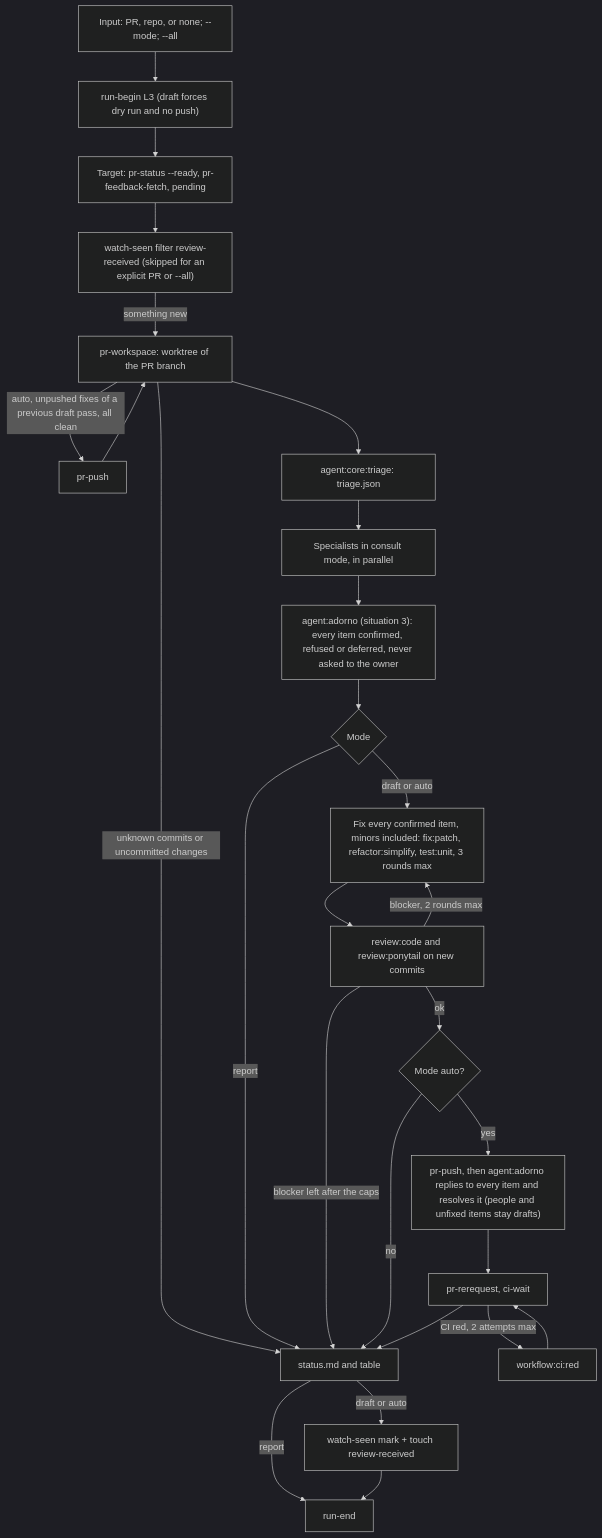
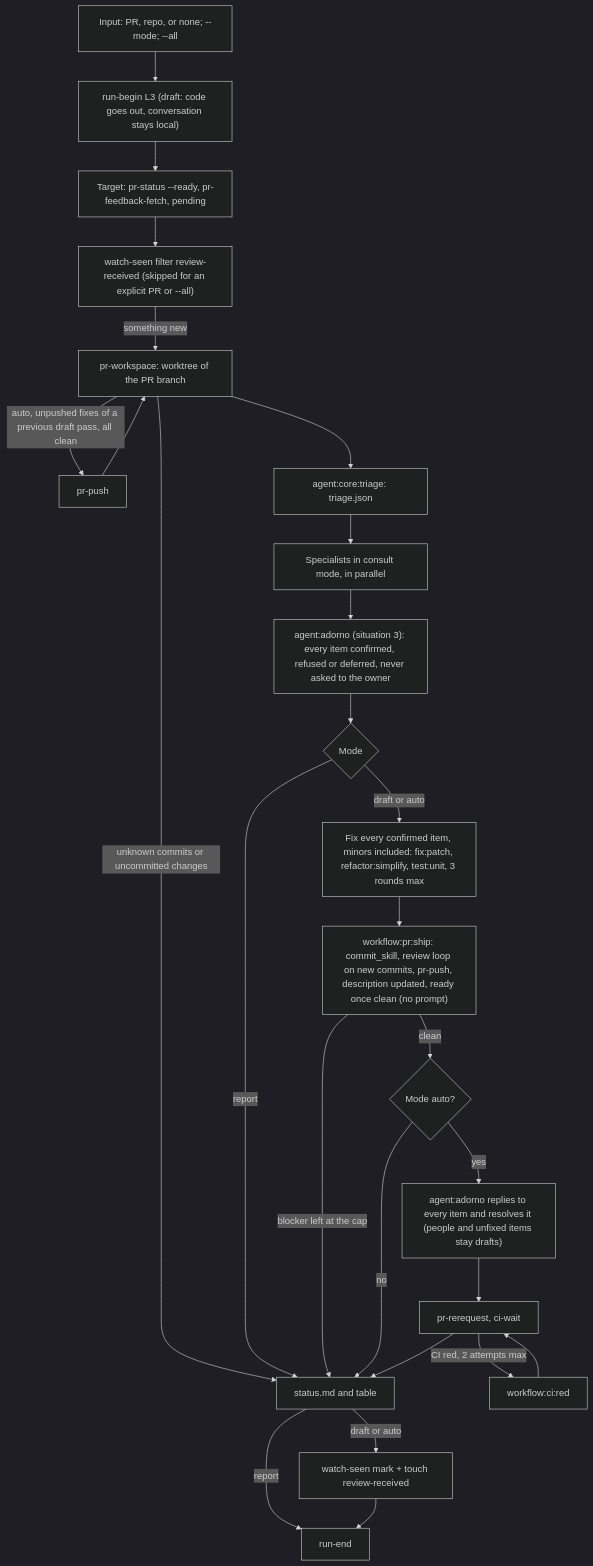
One commit to nicolasmondain/adorno changed the first of 2 diagrams in src/workflows/review/SCHEMA.md. Above: the diagram before and after it, drawn with Mermaid (dark theme). The commit also changed 142 other files, not shown here.

````diff
--- a/src/workflows/review/SCHEMA.md
+++ b/src/workflows/review/SCHEMA.md
@@ -5,29 +5,28 @@
 ```mermaid
 flowchart TD
-  A["Input: PR, repo, or none; --mode; --all"] --> B["run-begin L3 (draft forces dry run and no push)"]
+  A["Input: PR, repo, or none; --mode; --all"] --> B["run-begin L3 (draft: code goes out, conversation stays local)"]
   B --> C["Target: pr-status --ready, pr-feedback-fetch, pending"]
   C --> S["watch-seen filter review-received (skipped for an explicit PR or --all)"]
   S -->|"something new"| D["pr-workspace: worktree of the PR branch"]
   D -->|"auto, unpushed fixes of a previous draft pass, all clean"| DP["pr-push"]
   DP --> D
   D -->|"unknown commits or uncommitted changes"| N
   D --> E["agent:core:triage: triage.json"]
   E --> F["Specialists in consult mode, in parallel"]
   F --> G["agent:adorno (situation 3): every item confirmed, refused or deferred, never asked to the owner"]
   G --> H{"Mode"}
   H -->|"report"| N["status.md and table"]
   H -->|"draft or auto"| I["Fix every confirmed item, minors included: fix:patch, refactor:simplify, test:unit, 3 rounds max"]
-  I --> J["review:code and review:ponytail on new commits"]
-  J -->|"blocker, 2 rounds max"| I
-  J -->|"blocker left after the caps"| N
-  J -->|"ok"| K{"Mode auto?"}
+  I --> SH["workflow:pr:ship: commit_skill, review loop on new commits, pr-push, description updated, ready once clean (no prompt)"]
+  SH -->|"blocker left at the cap"| N
+  SH -->|"clean"| K{"Mode auto?"}
   K -->|"no"| N
-  K -->|"yes"| L["pr-push, then agent:adorno replies to every item and resolves it (people and unfixed items stay drafts)"]
+  K -->|"yes"| L["agent:adorno replies to every item and resolves it (people and unfixed items stay drafts)"]
   L --> M["pr-rerequest, ci-wait"]
   M -->|"CI red, 2 attempts max"| R["workflow:ci:red"]
   R --> M
   M --> N
   N -->|"draft or auto"| P["watch-seen mark + touch review-received"]
   N -->|"report"| O
   P --> O["run-end"]
 ```
````
